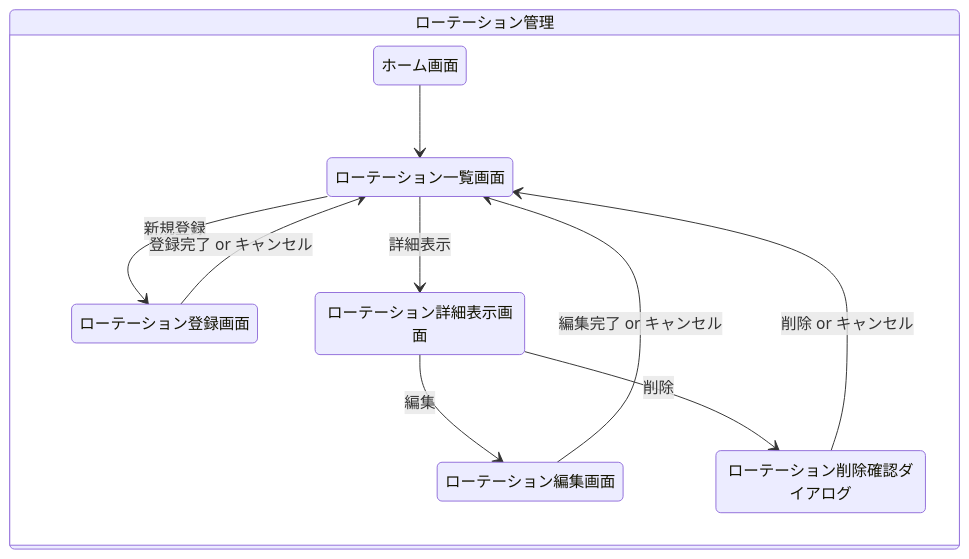
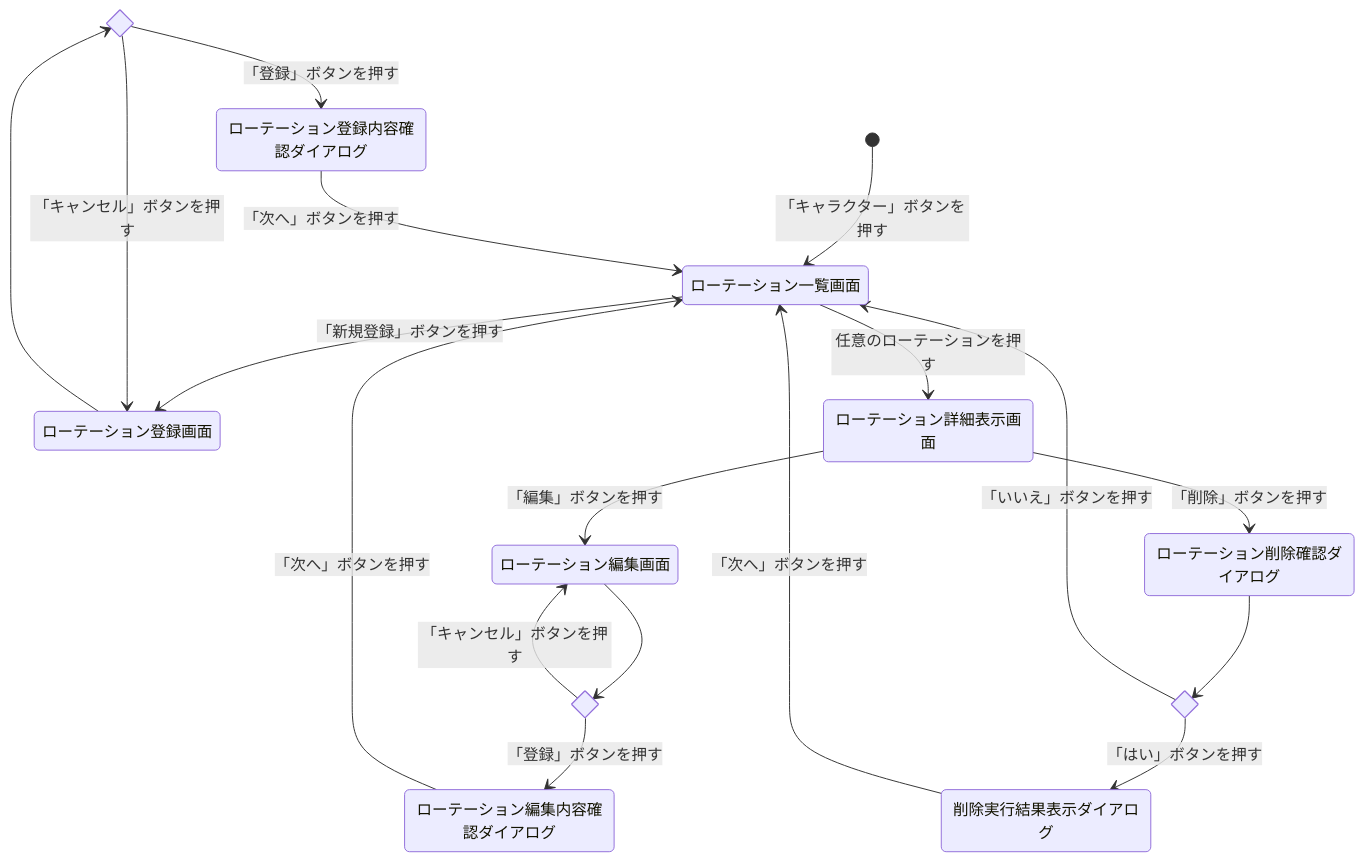
The third of 6 diagrams in README.md (Ryosuke-Yamasaki/Genshin-Desktop-App), drawn with Mermaid before and after one commit. The commit also changed other lines of this file, not shown here.

````diff
--- a/README.md
+++ b/README.md
@@ -220,13 +238,24 @@
 ```mermaid
 stateDiagram-v2
-  state ローテーション管理 {
-    ホーム画面 --> ローテーション一覧画面
-    ローテーション一覧画面 --> ローテーション登録画面 : 新規登録
-    ローテーション一覧画面 --> ローテーション詳細表示画面 : 詳細表示
-    ローテーション詳細表示画面 --> ローテーション編集画面 : 編集
-    ローテーション詳細表示画面 --> ローテーション削除確認ダイアログ : 削除
-    ローテーション削除確認ダイアログ --> ローテーション一覧画面 : 削除 or キャンセル
-    ローテーション登録画面 --> ローテーション一覧画面 : 登録完了 or キャンセル
-    ローテーション編集画面 --> ローテーション一覧画面 : 編集完了 or キャンセル
-  }
+  state if_登録 <<choice>>
+  state if_編集 <<choice>>
+  state if_削除 <<choice>>
+
+  [*] --> ローテーション一覧画面 : 「キャラクター」ボタンを押す
+  ローテーション一覧画面 --> ローテーション登録画面 : 「新規登録」ボタンを押す
+  ローテーション一覧画面 --> ローテーション詳細表示画面 : 任意のローテーションを押す
+  ローテーション詳細表示画面 --> ローテーション編集画面 : 「編集」ボタンを押す
+  ローテーション詳細表示画面 --> ローテーション削除確認ダイアログ : 「削除」ボタンを押す
+  ローテーション登録画面 --> if_登録
+  if_登録 --> ローテーション登録内容確認ダイアログ : 「登録」ボタンを押す
+  if_登録 --> ローテーション登録画面 : 「キャンセル」ボタンを押す
+  ローテーション登録内容確認ダイアログ --> ローテーション一覧画面 : 「次へ」ボタンを押す
+  ローテーション編集画面 --> if_編集
+  if_編集 --> ローテーション編集内容確認ダイアログ : 「登録」ボタンを押す
+  if_編集 --> ローテーション編集画面 : 「キャンセル」ボタンを押す
+  ローテーション編集内容確認ダイアログ --> ローテーション一覧画面 : 「次へ」ボタンを押す
+  ローテーション削除確認ダイアログ --> if_削除
+  if_削除 --> 削除実行結果表示ダイアログ : 「はい」ボタンを押す
+  if_削除 --> ローテーション一覧画面 : 「いいえ」ボタンを押す
+  削除実行結果表示ダイアログ --> ローテーション一覧画面 : 「次へ」ボタンを押す
 ```
````
